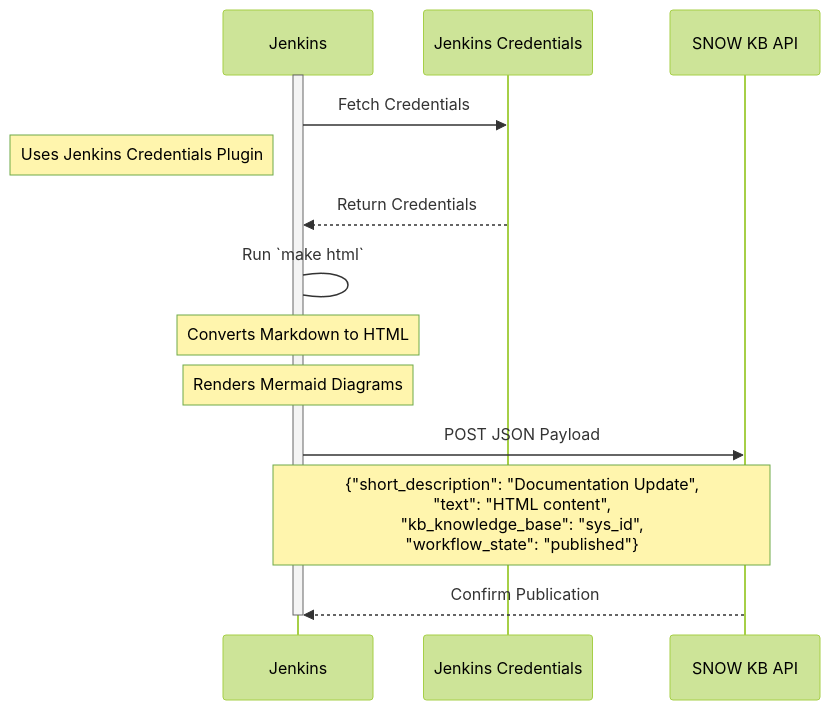
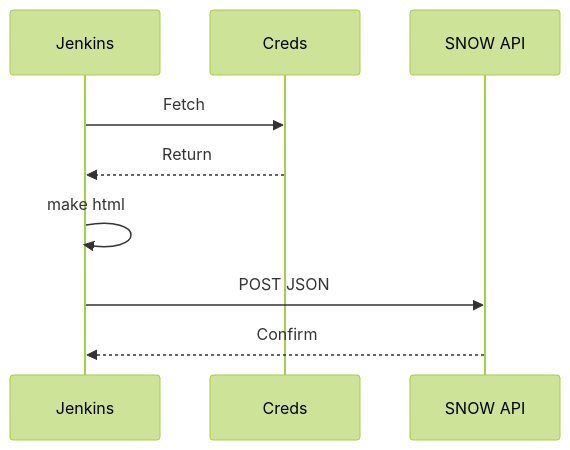
Before and after one commit to buckeye43210/markdown-to-snowkb: the eighth of 9 diagrams in README.md, drawn with Mermaid (forest theme). The commit also changed other lines of this file, not shown here.

````diff
--- a/README.md
+++ b/README.md
@@ -634,17 +447,8 @@
-~~~mermaid
+```mermaid
 sequenceDiagram
-    participant J as Jenkins
-    participant C as Jenkins Credentials
-    participant S as SNOW KB API
-    activate J
-    J->>C: Fetch Credentials
-    Note left of J: Uses Jenkins Credentials Plugin
-    C-->>J: Return Credentials
-    J->J: Run `make html`
-    Note over J: Converts Markdown to HTML
-    Note over J: Renders Mermaid Diagrams 
-    J->>S: POST JSON Payload
-    Note over J,S: {"short_description": "Documentation Update",<br>"text": "HTML content",<br>"kb_knowledge_base": "sys_id",<br>"workflow_state": "published"}
-    S-->>J: Confirm Publication
-    deactivate J
-~~~
+    Jenkins->>Creds: Fetch
+    Creds-->>Jenkins: Return
+    Jenkins->>Jenkins: make html
+    Jenkins->>SNOW API: POST JSON
+    SNOW API-->>Jenkins: Confirm
+```
````
